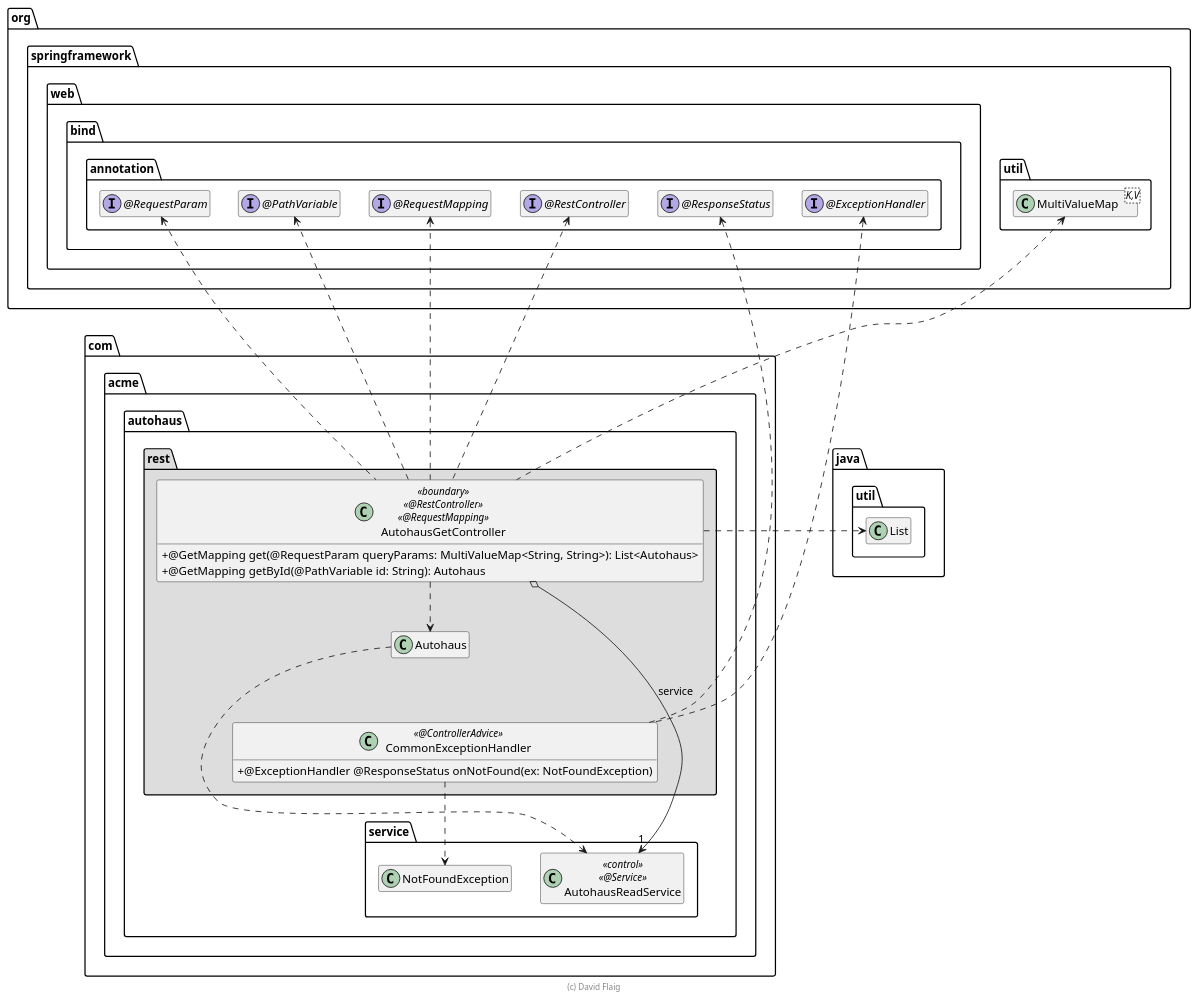
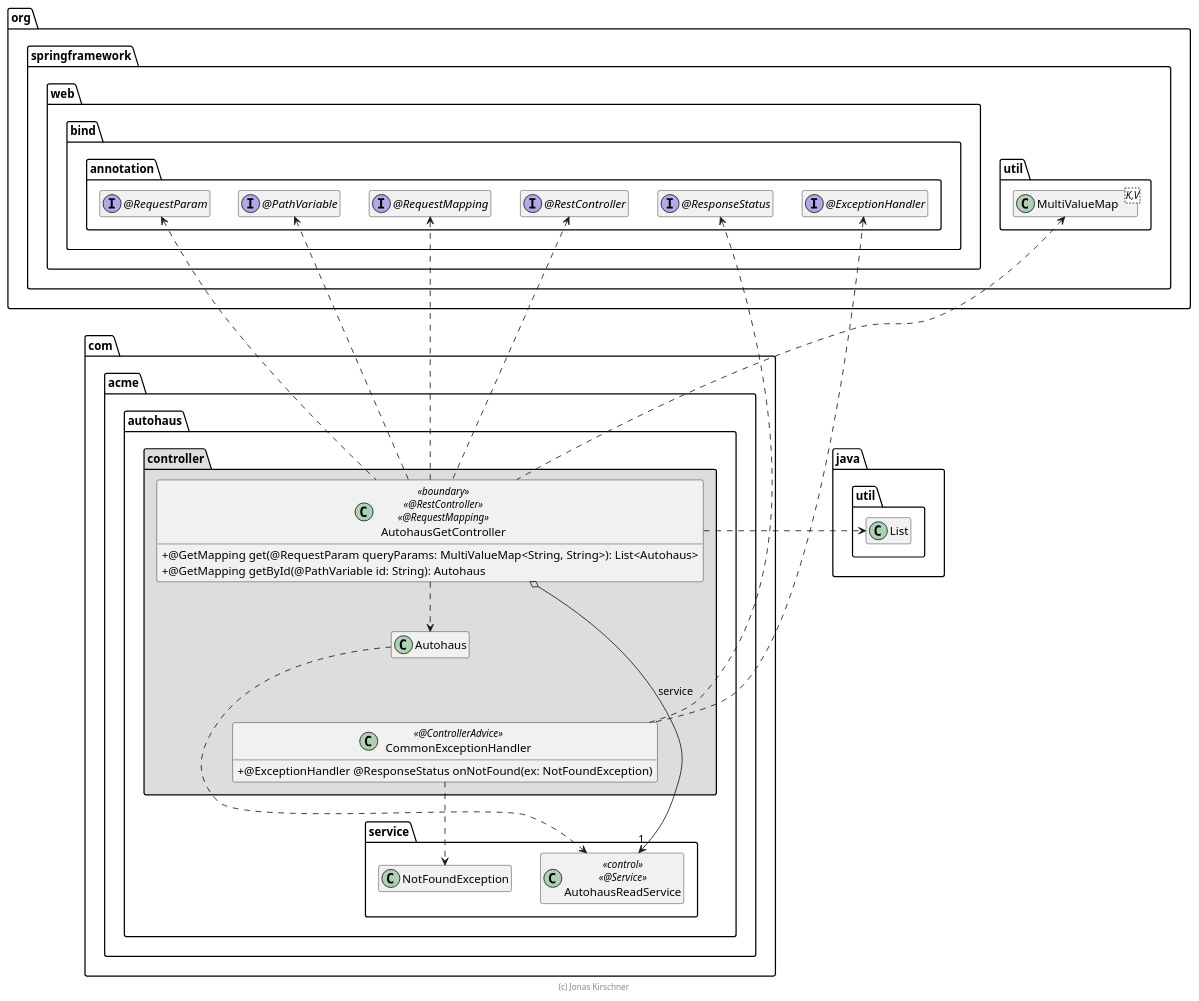
One commit to JBones35/AutohausJavaSwa changed the diagram in extras/doc/AutohausGetController.plantuml. Above: the diagram before and after it, drawn with PlantUML. The commit also changed 5 other files, not shown here.

```diff
--- a/extras/doc/AutohausGetController.plantuml
+++ b/extras/doc/AutohausGetController.plantuml
@@ -1,64 +1,64 @@
 @startuml AutohausGetController
 
 skinparam classAttributeIconSize 0
 
 package org.springframework {
     package web.bind.annotation {
         interface "@RestController" as RestController
         interface "@RequestMapping" as RequestMapping
         interface "@PathVariable" as PathVariable
         interface "@RequestParam" as RequestParam
         interface "@ExceptionHandler" as ExceptionHandler
         interface "@ResponseStatus" as ResponseStatus
     }
 
     package util {
         class MultiValueMap<K,V>
     }
 }
 
 package java.util {
     class List
 }
 
 package com.acme.autohaus {
     package service {
         class AutohausReadService << control >> << @Service >>
         class NotFoundException
     }
 
-package rest #DDDDDD {
+package controller #DDDDDD {
         class AutohausGetController << boundary >> << @RestController >> << @RequestMapping >> {
             + @GetMapping get(@RequestParam queryParams: MultiValueMap<String, String>): List<Autohaus>
             + @GetMapping getById(@PathVariable id: String): Autohaus
         }
 
         class CommonExceptionHandler << @ControllerAdvice >> {
             + @ExceptionHandler @ResponseStatus onNotFound(ex: NotFoundException)
         }
 
         AutohausGetController o--> "1" AutohausReadService : service
         AutohausGetController ..> Autohaus
 
         AutohausGetController .up.> RestController
         AutohausGetController .up.> RequestMapping
         AutohausGetController .up.> PathVariable
         AutohausGetController .up.> RequestParam
         AutohausGetController .up.> MultiValueMap
 
         CommonExceptionHandler .up.> ExceptionHandler
         CommonExceptionHandler .up.> ResponseStatus
         CommonExceptionHandler ..> NotFoundException
         CommonExceptionHandler .up[hidden].> Autohaus
 
         AutohausGetController .right.> List
 
         Autohaus ..> AutohausReadService
     }
 }
 
 hide empty members
 
-footer (c) David Flaig
+footer (c) Jonas Kirschner
 
 @enduml
```
